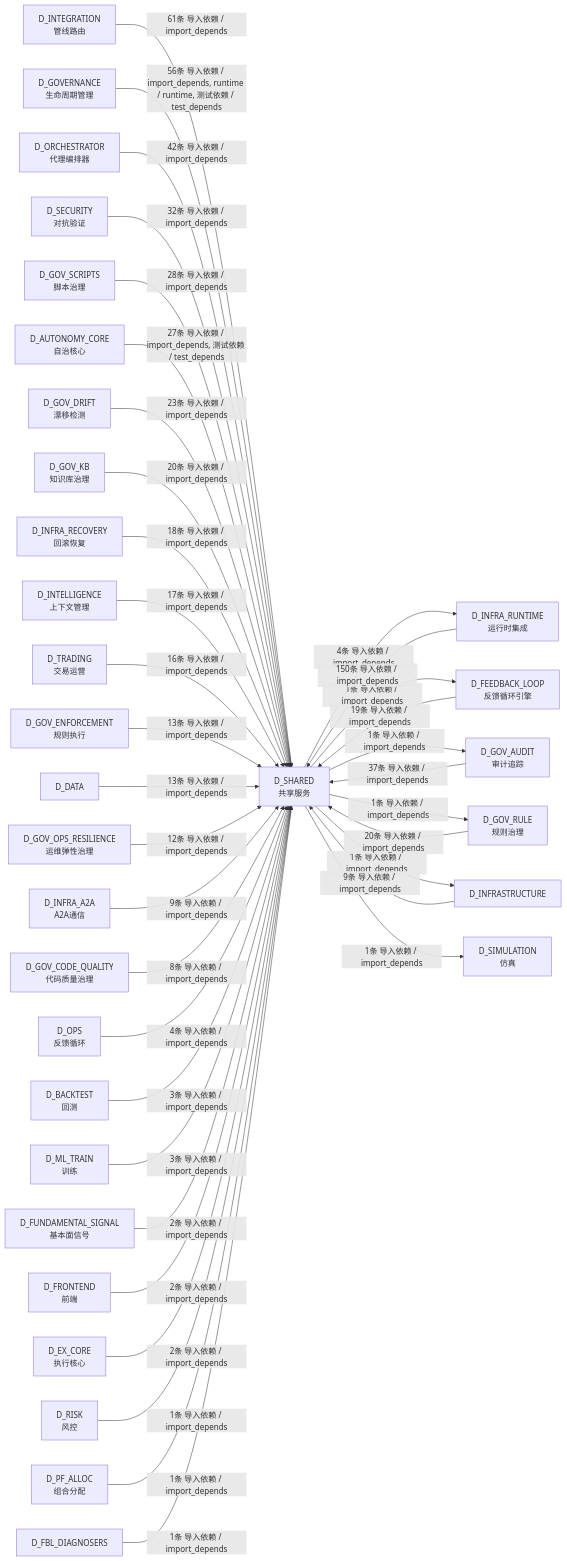
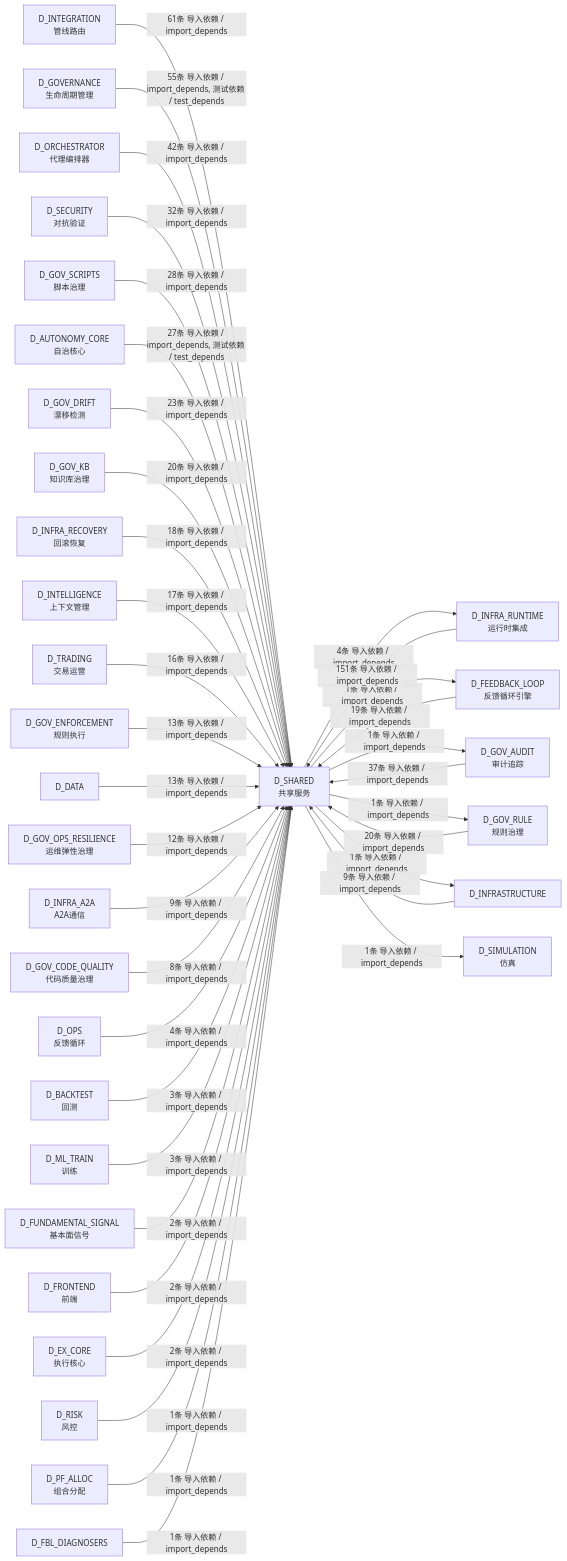
The tenth of 10 diagrams in docs/02_enterprise_architecture/02_domain_architecture_docs/26_d_shared.md (xuanFelixVan/ZephyrAlpha), drawn with Mermaid before and after one commit. The commit also changed other lines of this file and 102 other files, not shown here.

````diff
--- a/docs/02_enterprise_architecture/02_domain_architecture_docs/26_d_shared.md
+++ b/docs/02_enterprise_architecture/02_domain_architecture_docs/26_d_shared.md
@@ -1745,71 +1742,71 @@
 ```mermaid
 graph LR
     D_SHARED["D_SHARED<br/>共享服务"]
     D_INFRA_RUNTIME["D_INFRA_RUNTIME<br/>运行时集成"]
     D_FEEDBACK_LOOP["D_FEEDBACK_LOOP<br/>反馈循环引擎"]
     D_GOV_AUDIT["D_GOV_AUDIT<br/>审计追踪"]
     D_GOV_RULE["D_GOV_RULE<br/>规则治理"]
     D_INFRASTRUCTURE["D_INFRASTRUCTURE"]
     D_SIMULATION["D_SIMULATION<br/>仿真"]
     D_INTEGRATION["D_INTEGRATION<br/>管线路由"]
     D_GOVERNANCE["D_GOVERNANCE<br/>生命周期管理"]
     D_ORCHESTRATOR["D_ORCHESTRATOR<br/>代理编排器"]
     D_SECURITY["D_SECURITY<br/>对抗验证"]
     D_GOV_SCRIPTS["D_GOV_SCRIPTS<br/>脚本治理"]
     D_AUTONOMY_CORE["D_AUTONOMY_CORE<br/>自治核心"]
     D_GOV_DRIFT["D_GOV_DRIFT<br/>漂移检测"]
     D_GOV_KB["D_GOV_KB<br/>知识库治理"]
     D_INFRA_RECOVERY["D_INFRA_RECOVERY<br/>回滚恢复"]
     D_INTELLIGENCE["D_INTELLIGENCE<br/>上下文管理"]
     D_TRADING["D_TRADING<br/>交易运营"]
     D_GOV_ENFORCEMENT["D_GOV_ENFORCEMENT<br/>规则执行"]
     D_DATA["D_DATA"]
     D_GOV_OPS_RESILIENCE["D_GOV_OPS_RESILIENCE<br/>运维弹性治理"]
     D_INFRA_A2A["D_INFRA_A2A<br/>A2A通信"]
     D_GOV_CODE_QUALITY["D_GOV_CODE_QUALITY<br/>代码质量治理"]
     D_OPS["D_OPS<br/>反馈循环"]
     D_BACKTEST["D_BACKTEST<br/>回测"]
     D_ML_TRAIN["D_ML_TRAIN<br/>训练"]
     D_FUNDAMENTAL_SIGNAL["D_FUNDAMENTAL_SIGNAL<br/>基本面信号"]
     D_FRONTEND["D_FRONTEND<br/>前端"]
     D_EX_CORE["D_EX_CORE<br/>执行核心"]
     D_RISK["D_RISK<br/>风控"]
     D_PF_ALLOC["D_PF_ALLOC<br/>组合分配"]
     D_FBL_DIAGNOSERS["D_FBL_DIAGNOSERS"]
     D_SHARED -->|4条 导入依赖 / import_depends| D_INFRA_RUNTIME
     D_SHARED -->|1条 导入依赖 / import_depends| D_FEEDBACK_LOOP
     D_SHARED -->|1条 导入依赖 / import_depends| D_GOV_AUDIT
     D_SHARED -->|1条 导入依赖 / import_depends| D_GOV_RULE
     D_SHARED -->|1条 导入依赖 / import_depends| D_INFRASTRUCTURE
     D_SHARED -->|1条 导入依赖 / import_depends| D_SIMULATION
-    D_INFRA_RUNTIME -->|150条 导入依赖 / import_depends| D_SHARED
+    D_INFRA_RUNTIME -->|151条 导入依赖 / import_depends| D_SHARED
     D_INTEGRATION -->|61条 导入依赖 / import_depends| D_SHARED
-    D_GOVERNANCE -->|56条 导入依赖 / import_depends, runtime / runtime, 测试依赖 / test_depends| D_SHARED
+    D_GOVERNANCE -->|55条 导入依赖 / import_depends, 测试依赖 / test_depends| D_SHARED
     D_ORCHESTRATOR -->|42条 导入依赖 / import_depends| D_SHARED
     D_GOV_AUDIT -->|37条 导入依赖 / import_depends| D_SHARED
     D_SECURITY -->|32条 导入依赖 / import_depends| D_SHARED
     D_GOV_SCRIPTS -->|28条 导入依赖 / import_depends| D_SHARED
     D_AUTONOMY_CORE -->|27条 导入依赖 / import_depends, 测试依赖 / test_depends| D_SHARED
     D_GOV_DRIFT -->|23条 导入依赖 / import_depends| D_SHARED
     D_GOV_RULE -->|20条 导入依赖 / import_depends| D_SHARED
     D_GOV_KB -->|20条 导入依赖 / import_depends| D_SHARED
     D_FEEDBACK_LOOP -->|19条 导入依赖 / import_depends| D_SHARED
     D_INFRA_RECOVERY -->|18条 导入依赖 / import_depends| D_SHARED
     D_INTELLIGENCE -->|17条 导入依赖 / import_depends| D_SHARED
     D_TRADING -->|16条 导入依赖 / import_depends| D_SHARED
     D_GOV_ENFORCEMENT -->|13条 导入依赖 / import_depends| D_SHARED
     D_DATA -->|13条 导入依赖 / import_depends| D_SHARED
     D_GOV_OPS_RESILIENCE -->|12条 导入依赖 / import_depends| D_SHARED
     D_INFRASTRUCTURE -->|9条 导入依赖 / import_depends| D_SHARED
     D_INFRA_A2A -->|9条 导入依赖 / import_depends| D_SHARED
     D_GOV_CODE_QUALITY -->|8条 导入依赖 / import_depends| D_SHARED
     D_OPS -->|4条 导入依赖 / import_depends| D_SHARED
     D_BACKTEST -->|3条 导入依赖 / import_depends| D_SHARED
     D_ML_TRAIN -->|3条 导入依赖 / import_depends| D_SHARED
     D_FUNDAMENTAL_SIGNAL -->|2条 导入依赖 / import_depends| D_SHARED
     D_FRONTEND -->|2条 导入依赖 / import_depends| D_SHARED
     D_EX_CORE -->|2条 导入依赖 / import_depends| D_SHARED
     D_RISK -->|1条 导入依赖 / import_depends| D_SHARED
     D_PF_ALLOC -->|1条 导入依赖 / import_depends| D_SHARED
     D_FBL_DIAGNOSERS -->|1条 导入依赖 / import_depends| D_SHARED
 ```
````
